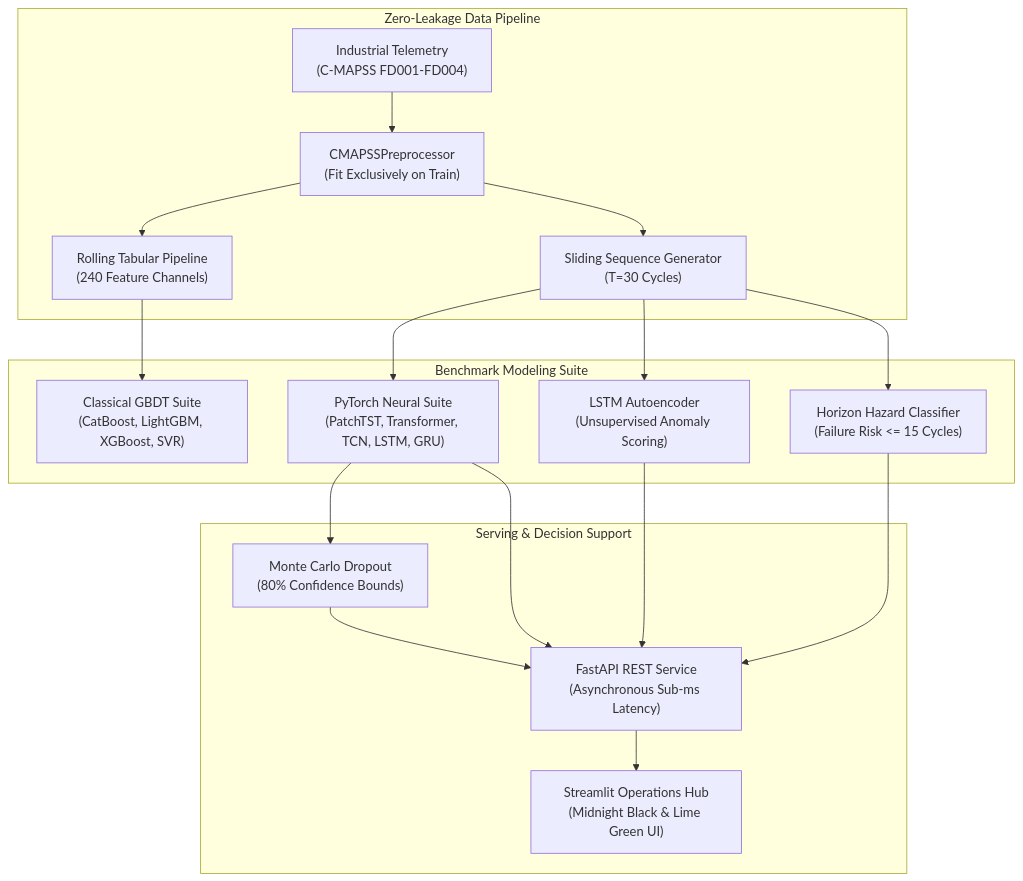
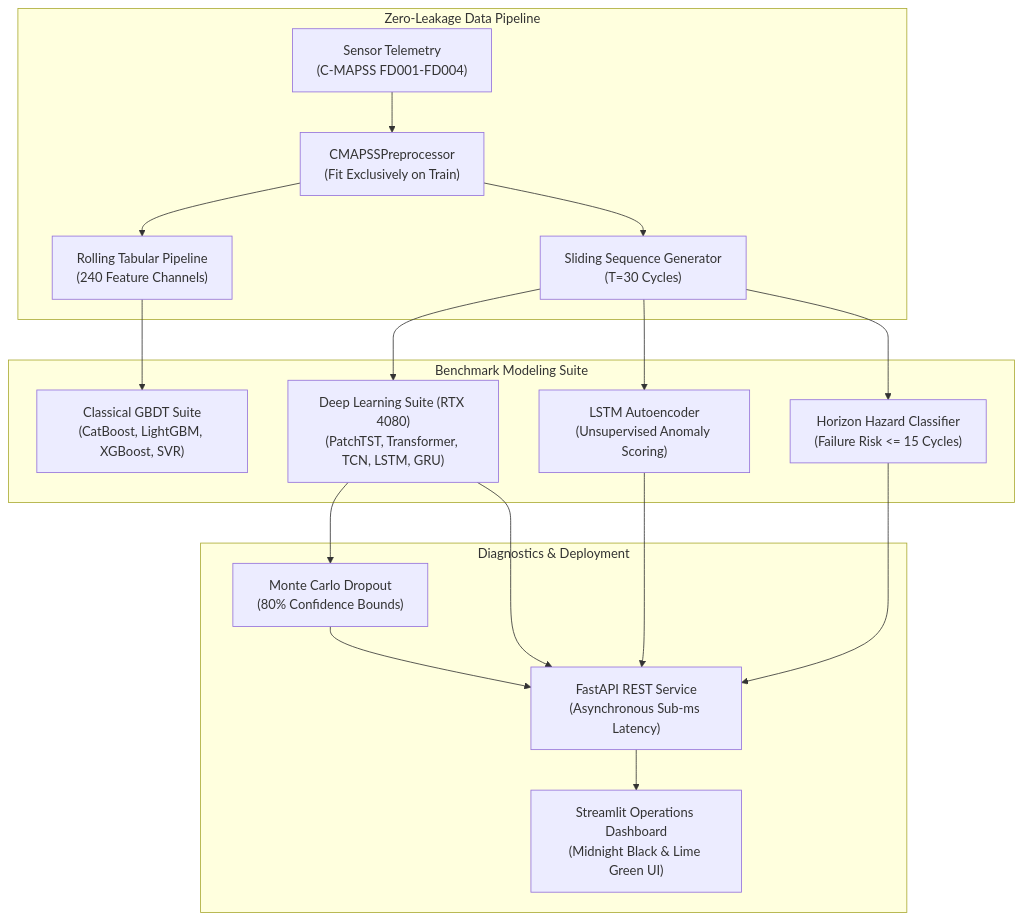
One commit to taosiff/predictivex-turbofan-prognostics changed the diagram in README.md. Above: the diagram before and after it, drawn with Mermaid. The commit also changed other lines of this file and 1 other file, not shown here.

````diff
--- a/README.md
+++ b/README.md
@@ -29,21 +17,21 @@
 ```mermaid
 flowchart TD
-    subgraph DataPipeline ["Zero-Leakage Data Pipeline"]
-        A["Industrial Telemetry\n(C-MAPSS FD001-FD004)"] --> B["CMAPSSPreprocessor\n(Fit Exclusively on Train)"]
+    subgraph Ingestion ["Zero-Leakage Data Pipeline"]
+        A["Sensor Telemetry\n(C-MAPSS FD001-FD004)"] --> B["CMAPSSPreprocessor\n(Fit Exclusively on Train)"]
         B --> C["Rolling Tabular Pipeline\n(240 Feature Channels)"]
         B --> D["Sliding Sequence Generator\n(T=30 Cycles)"]
     end
 
-    subgraph ModelSuite ["Benchmark Modeling Suite"]
+    subgraph Modeling ["Benchmark Modeling Suite"]
         C --> E["Classical GBDT Suite\n(CatBoost, LightGBM, XGBoost, SVR)"]
-        D --> F["PyTorch Neural Suite\n(PatchTST, Transformer, TCN, LSTM, GRU)"]
+        D --> F["Deep Learning Suite (RTX 4080)\n(PatchTST, Transformer, TCN, LSTM, GRU)"]
         D --> G["LSTM Autoencoder\n(Unsupervised Anomaly Scoring)"]
         D --> H["Horizon Hazard Classifier\n(Failure Risk <= 15 Cycles)"]
     end
 
-    subgraph Diagnostics ["Serving & Decision Support"]
+    subgraph Serving ["Diagnostics & Deployment"]
         F --> I["Monte Carlo Dropout\n(80% Confidence Bounds)"]
         F & G & H & I --> J["FastAPI REST Service\n(Asynchronous Sub-ms Latency)"]
-        J --> K["Streamlit Operations Hub\n(Midnight Black & Lime Green UI)"]
+        J --> K["Streamlit Operations Dashboard\n(Midnight Black & Lime Green UI)"]
     end
 ```
````
